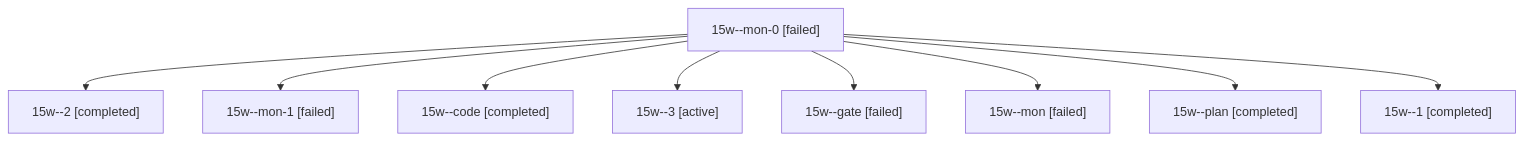
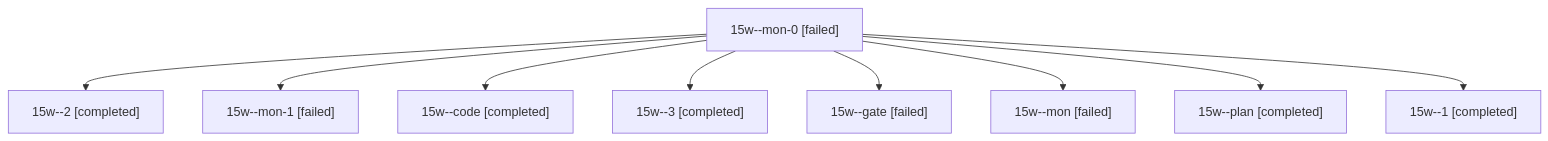
One commit to sase-org/sase--agents changed the diagram in sessions/bbugyi200.athena.15w.md. Above: the diagram before and after it, drawn with Mermaid. The commit also changed other lines of this file and 20 other files, not shown here.

````diff
--- a/sessions/bbugyi200.athena.15w.md
+++ b/sessions/bbugyi200.athena.15w.md
@@ -9,20 +9,20 @@
 ```mermaid
 flowchart TD
   n0["15w--mon-0 [failed]"]
   n1["15w--2 [completed]"]
   n0 --> n1
   n2["15w--mon-1 [failed]"]
   n0 --> n2
   n3["15w--code [completed]"]
   n0 --> n3
-  n4["15w--3 [active]"]
+  n4["15w--3 [completed]"]
   n0 --> n4
   n5["15w--gate [failed]"]
   n0 --> n5
   n6["15w--mon [failed]"]
   n0 --> n6
   n7["15w--plan [completed]"]
   n0 --> n7
   n8["15w--1 [completed]"]
   n0 --> n8
 ```
````
